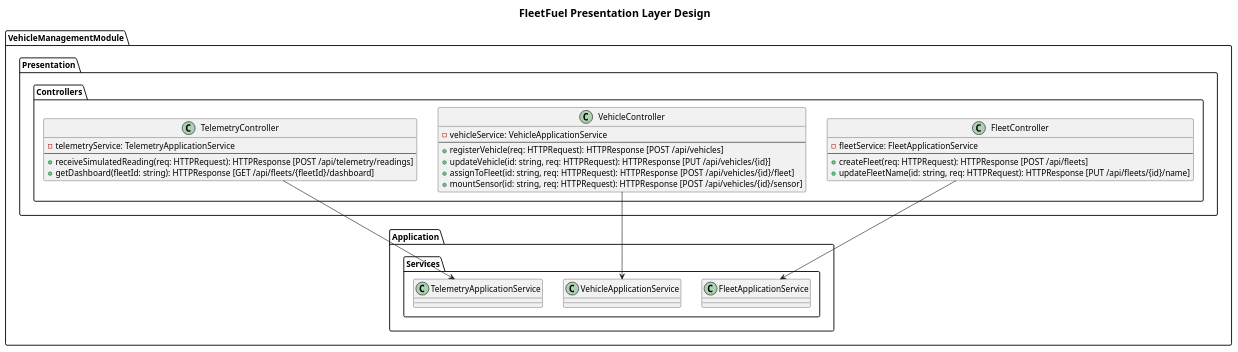
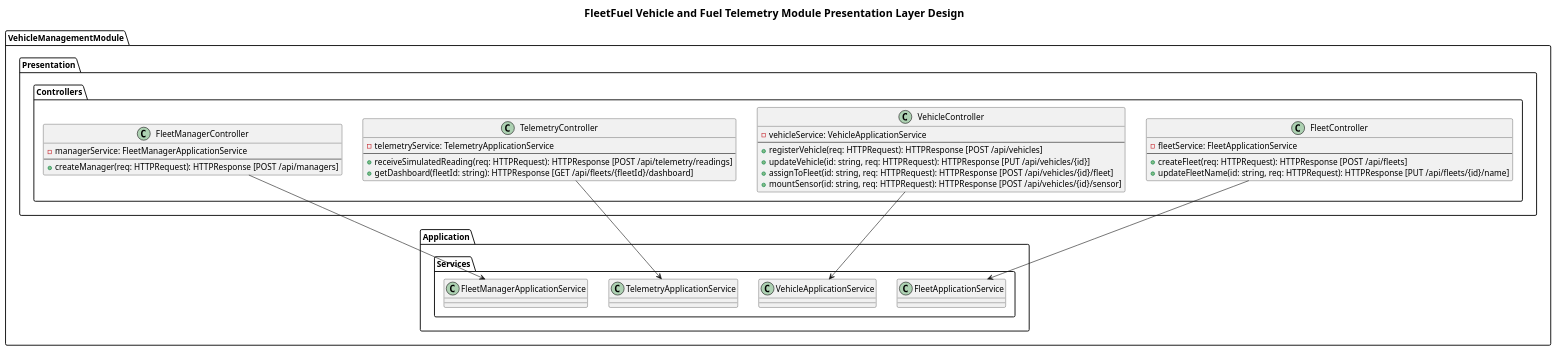
The diagram in Backend/VehicleAndFleetTelemetryModule/Presentation/presentation.puml (mirukibs/FleetFuel), drawn with PlantUML before and after one commit. The commit also changed 15 other files, not shown here.

Commit message:
1. Modified the domain layer repositories to remove deletion 2. Added fleet manager creation and view vehicle details to use case and application services 3. Added readme files to each  layer in the module

```diff
--- a/Backend/VehicleAndFleetTelemetryModule/Presentation/presentation.puml
+++ b/Backend/VehicleAndFleetTelemetryModule/Presentation/presentation.puml
@@ -1,53 +1,61 @@
 @startuml
 skinparam handwritten false
 skinparam titleFontSize 18
-title FleetFuel Presentation Layer Design
+title FleetFuel Vehicle and Fuel Telemetry Module Presentation Layer Design
 
 Package VehicleManagementModule {
    
     ' --- APPLICATION LAYER (For Context) ---
     Package Application {
         Package Services {
             Class FleetApplicationService
             Class VehicleApplicationService
             Class TelemetryApplicationService
+            Class FleetManagerApplicationService
         }
     }
    
    ' --- PRESENTATION LAYER ---
    Package Presentation {
       
       Package Controllers {
          Class FleetController {
             - fleetService: FleetApplicationService
             ---
             + createFleet(req: HTTPRequest): HTTPResponse [POST /api/fleets]
             + updateFleetName(id: string, req: HTTPRequest): HTTPResponse [PUT /api/fleets/{id}/name]
+         }
+
+         Class FleetManagerController {
+            - managerService: FleetManagerApplicationService
+            ---
+            + createManager(req: HTTPRequest): HTTPResponse [POST /api/managers]
          }
 
          Class VehicleController {
             - vehicleService: VehicleApplicationService
             ---
             + registerVehicle(req: HTTPRequest): HTTPResponse [POST /api/vehicles]
             + updateVehicle(id: string, req: HTTPRequest): HTTPResponse [PUT /api/vehicles/{id}]
             + assignToFleet(id: string, req: HTTPRequest): HTTPResponse [POST /api/vehicles/{id}/fleet]
             + mountSensor(id: string, req: HTTPRequest): HTTPResponse [POST /api/vehicles/{id}/sensor]
          }
 
          Class TelemetryController {
             - telemetryService: TelemetryApplicationService
             ---
             ' Endpoint called repeatedly by your Simulation Engine
             + receiveSimulatedReading(req: HTTPRequest): HTTPResponse [POST /api/telemetry/readings]
             ' Endpoint called by your Frontend Dashboard UI
             + getDashboard(fleetId: string): HTTPResponse [GET /api/fleets/{fleetId}/dashboard]
          }
       }
    }
    
    ' Controllers call Application Services
    FleetController --> FleetApplicationService
    VehicleController --> VehicleApplicationService
    TelemetryController --> TelemetryApplicationService
+   FleetManagerController --> FleetManagerApplicationService
 }
 @enduml
```
